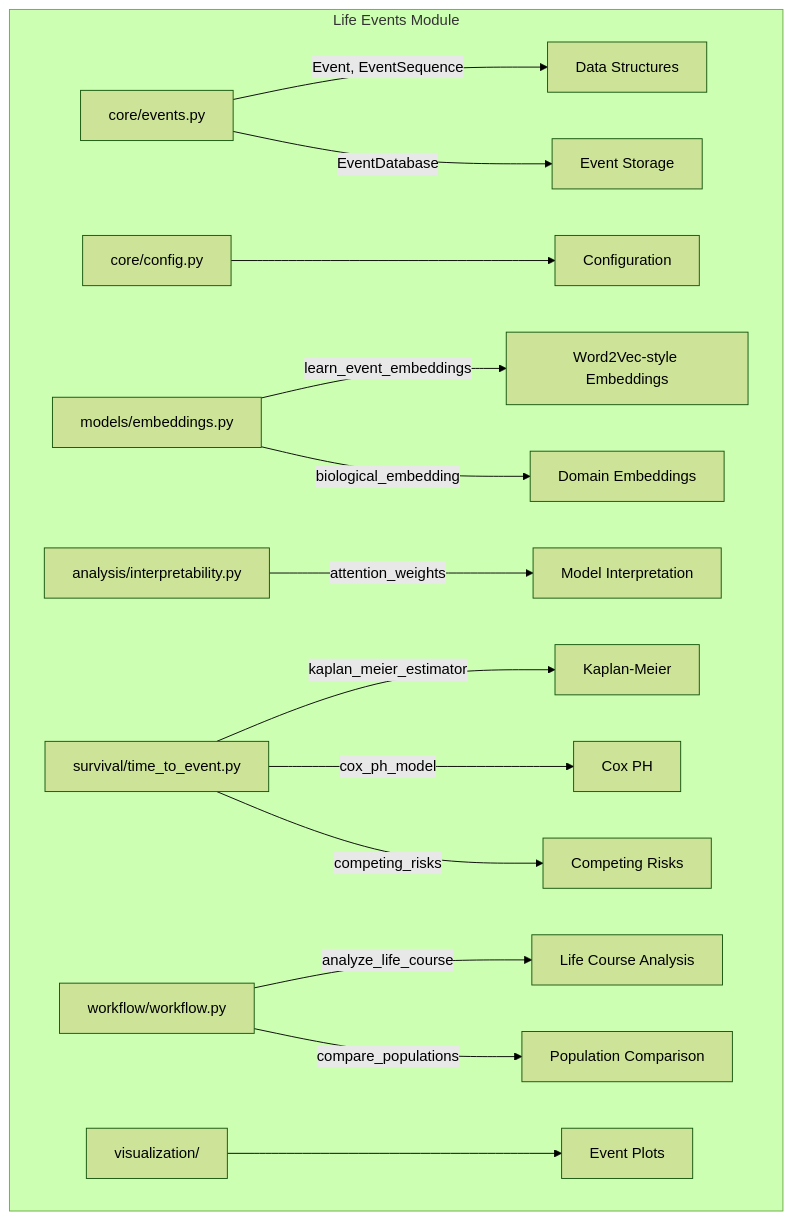
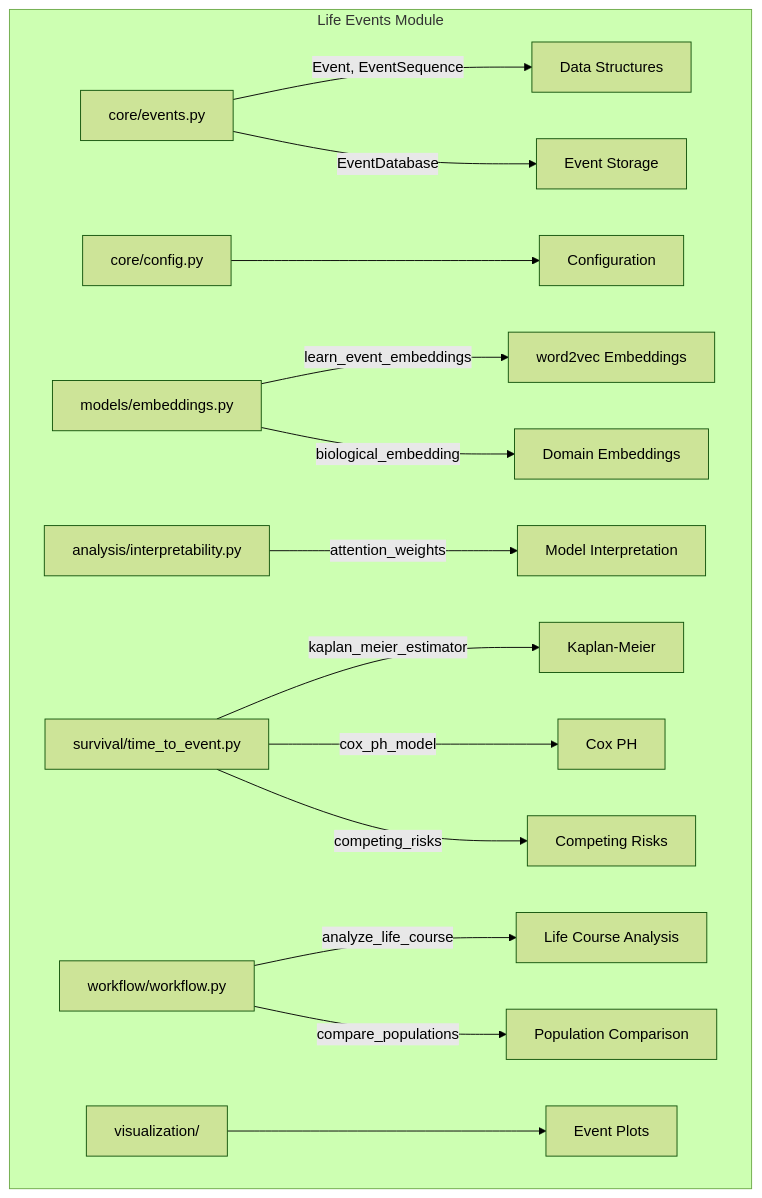
Before and after one commit to docxology/MetaInformAnt: the diagram in docs/life_events/README.md, drawn with Mermaid (forest theme). The commit also changed 532 other files, not shown here.

````diff
--- a/docs/life_events/README.md
+++ b/docs/life_events/README.md
@@ -16,22 +16,22 @@
 ```mermaid
 graph TD
     subgraph "Life Events Module"
         CE[core/events.py] --> |Event, EventSequence| DS[Data Structures]
         CE --> |EventDatabase| DB[Event Storage]
         CC[core/config.py] --> CF[Configuration]
 
-        ME[models/embeddings.py] --> |learn_event_embeddings| EM[Word2Vec-style Embeddings]
+        ME[models/embeddings.py] --> |learn_event_embeddings| EM[word2vec Embeddings]
         ME --> |biological_embedding| BE[Domain Embeddings]
 
         AI[analysis/interpretability.py] --> |attention_weights| AW[Model Interpretation]
 
         SV[survival/time_to_event.py] --> |kaplan_meier_estimator| KM[Kaplan-Meier]
         SV --> |cox_ph_model| COX[Cox PH]
         SV --> |competing_risks| CR[Competing Risks]
 
         WF[workflow/workflow.py] --> |analyze_life_course| LC[Life Course Analysis]
         WF --> |compare_populations| CP[Population Comparison]
 
         VZ[visualization/] --> VP[Event Plots]
     end
 ```
````
